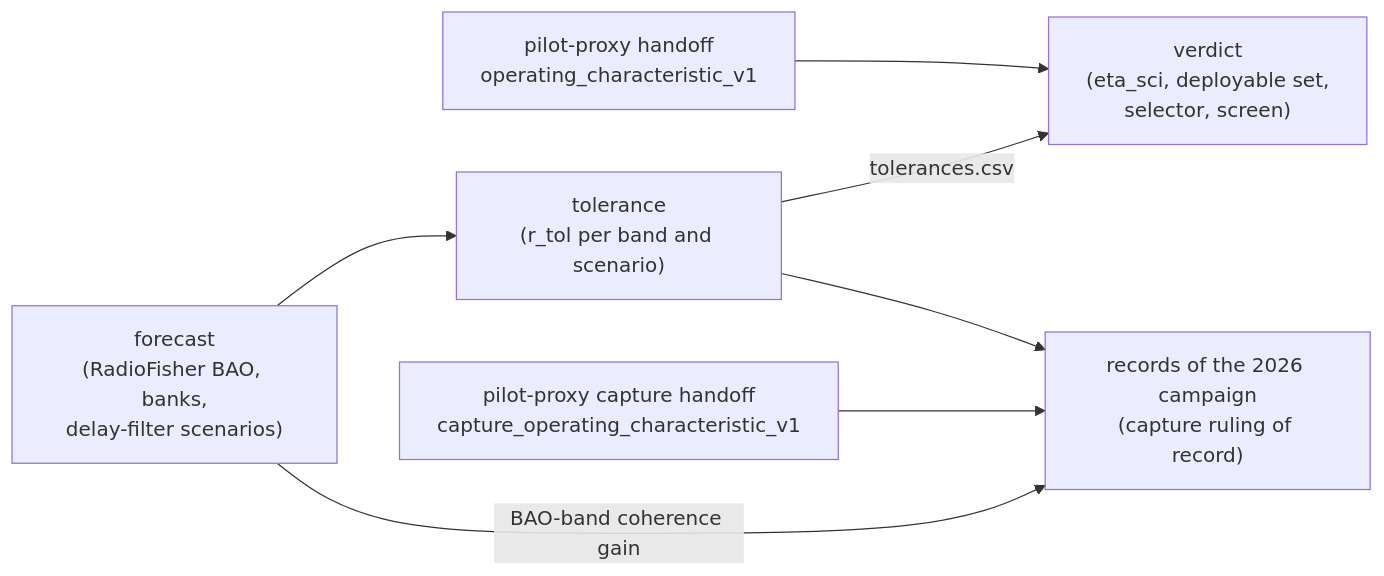
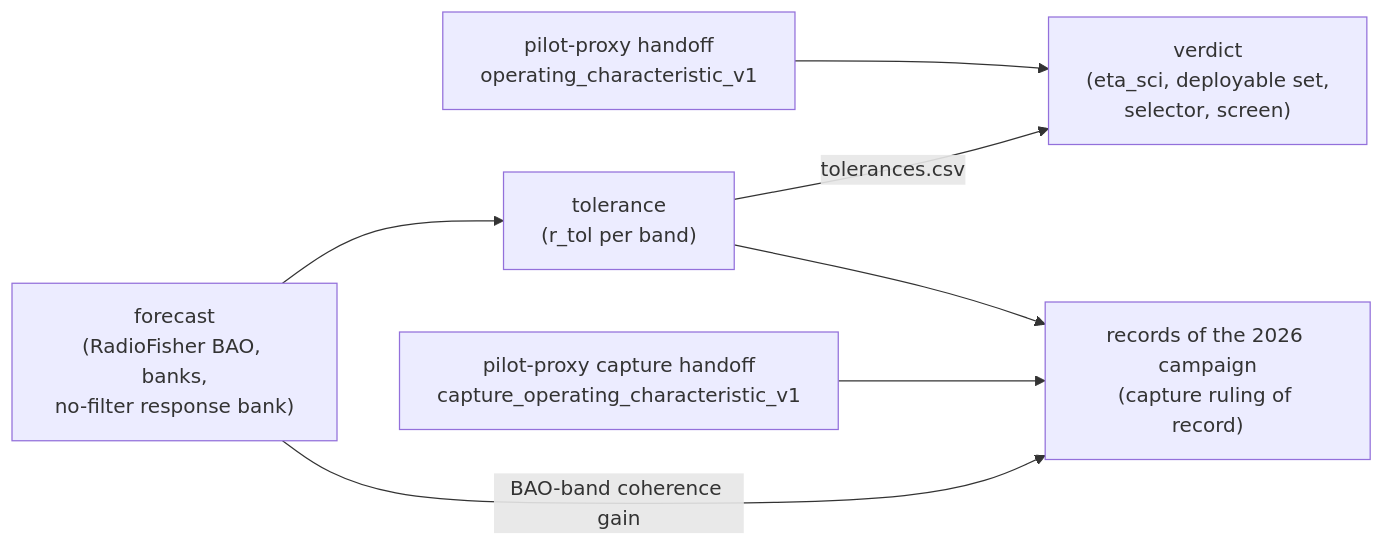
Before and after one commit to WVURAIL/RFIsher: the diagram in README.md, drawn with Mermaid. The commit also changed other lines of this file and 8 other files, not shown here.

````diff
--- a/README.md
+++ b/README.md
@@ -13,9 +13,9 @@
 ```mermaid
 flowchart LR
   OC["pilot-proxy handoff<br/>operating_characteristic_v1"] --> V["verdict<br/>(eta_sci, deployable set,<br/>selector, screen)"]
-  F["forecast<br/>(RadioFisher BAO, banks,<br/>delay-filter scenarios)"] --> T["tolerance<br/>(r_tol per band and scenario)"]
+  F["forecast<br/>(RadioFisher BAO, banks,<br/>no-filter response bank)"] --> T["tolerance<br/>(r_tol per band)"]
   T -->|tolerances.csv| V
   COC["pilot-proxy capture handoff<br/>capture_operating_characteristic_v1"] --> R["records of the 2026 campaign<br/>(capture ruling of record)"]
   T --> R
   F -->|BAO-band coherence gain| R
 ```
````
